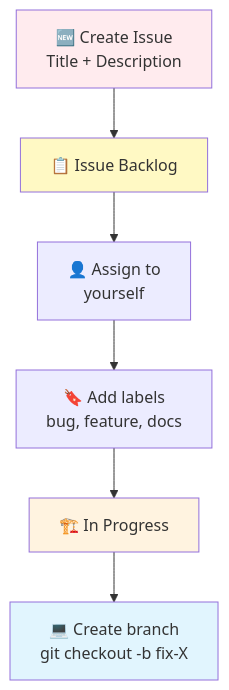
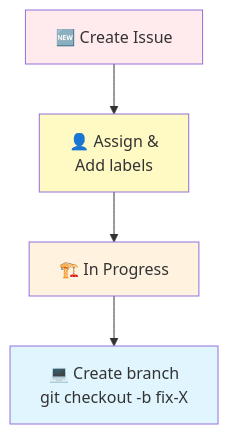
The third of 8 diagrams in slides/slide_module_4.qmd (DQBM-CCCZ/intro_git_github), drawn with Mermaid before and after one commit. The commit also changed 2 other files, not shown here.

Commit message:
condense GitHub Issues workflow (Part 1) to fit on slide

````diff
--- a/slides/slide_module_4.qmd
+++ b/slides/slide_module_4.qmd
@@ -206,13 +206,11 @@
 ```{mermaid}
 graph TD
-    A["🆕 Create Issue<br/>Title + Description"] --> B["📋 Issue Backlog"]
-    B --> C["👤 Assign to<br/>yourself"]
-    C --> D["🔖 Add labels<br/>bug, feature, docs"]
-    D --> E["🏗️ In Progress"]
-    E --> F["💻 Create branch<br/>git checkout -b fix-X"]
+    A["🆕 Create Issue"] --> B["👤 Assign &<br/>Add labels"]
+    B --> C["🏗️ In Progress"]
+    C --> D["💻 Create branch<br/>git checkout -b fix-X"]
     
     style A fill:#ffebee
     style B fill:#fff9c4
-    style E fill:#fff3e0
-    style F fill:#e1f5fe
+    style C fill:#fff3e0
+    style D fill:#e1f5fe
 ```
````
